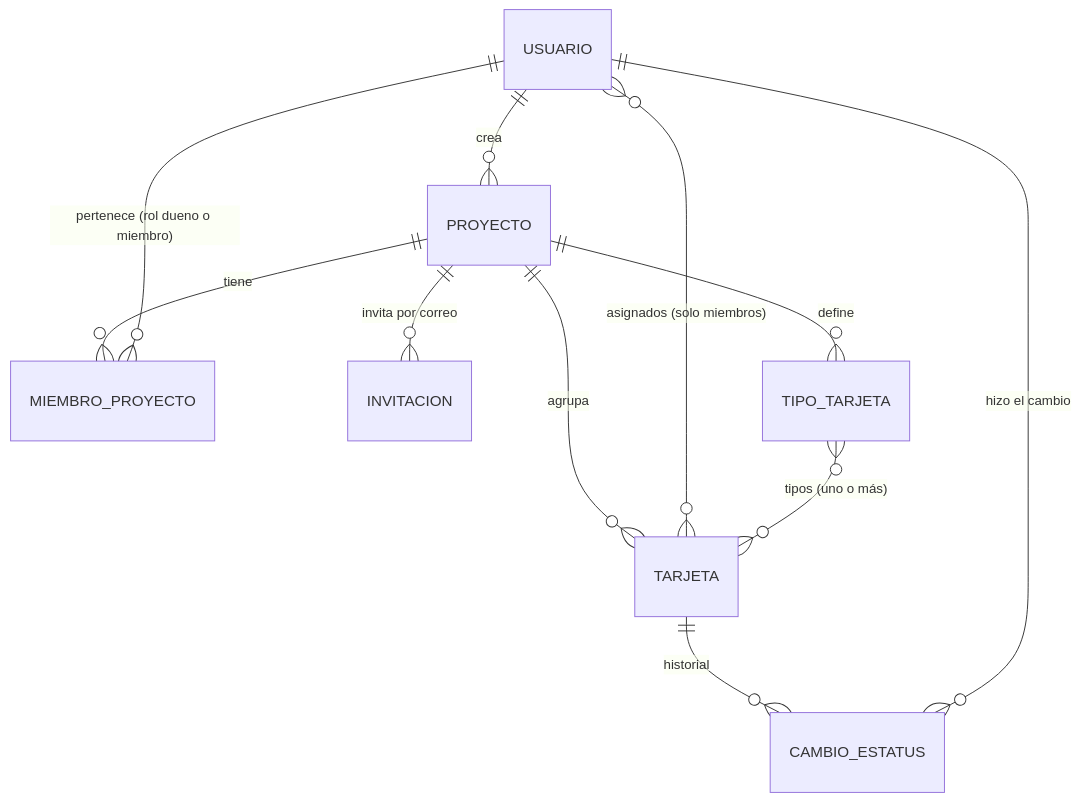
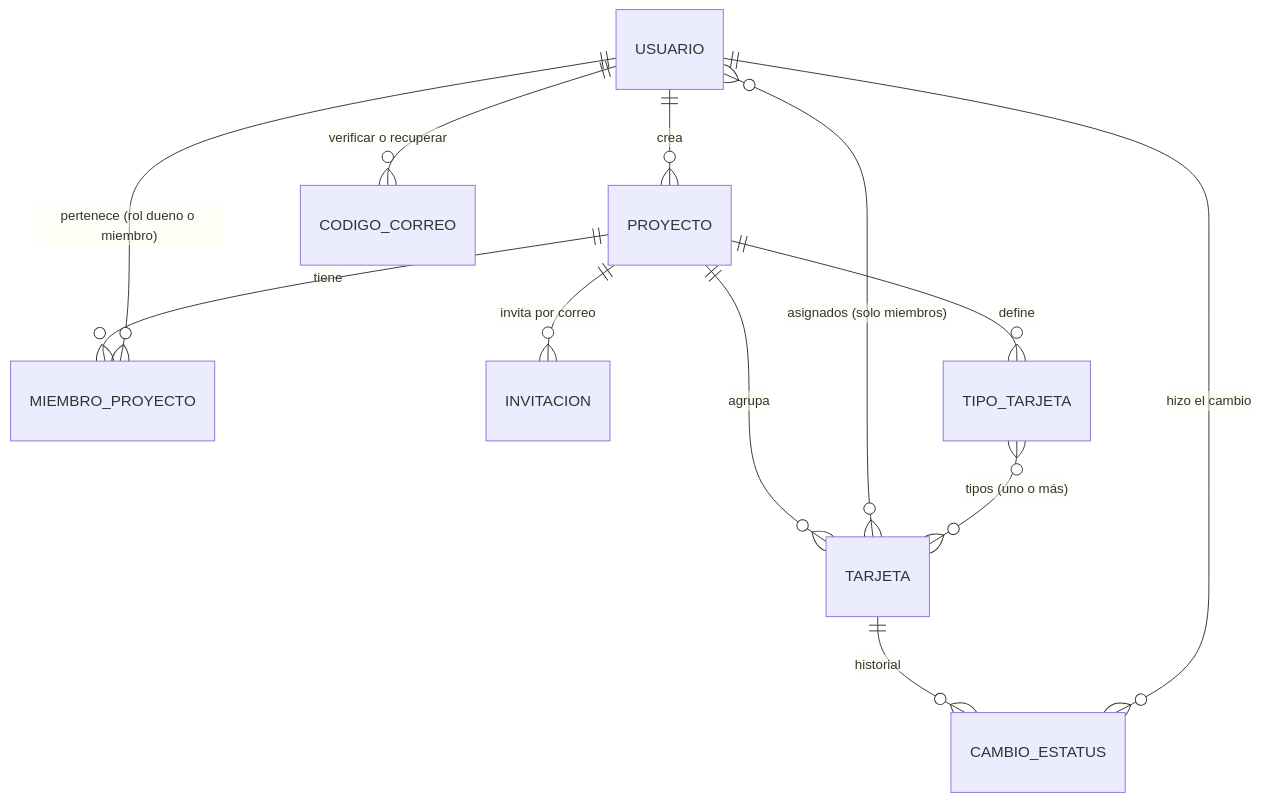
One commit to ErnestoAS/TaskFlow changed the second of 2 diagrams in docs/propuesta-arquitectura.md. Above: the diagram before and after it, drawn with Mermaid. The commit also changed other lines of this file and 23 other files, not shown here.

````diff
--- a/docs/propuesta-arquitectura.md
+++ b/docs/propuesta-arquitectura.md
@@ -59,13 +61,14 @@
 ```mermaid
 erDiagram
     USUARIO ||--o{ PROYECTO : "crea"
     PROYECTO ||--o{ MIEMBRO_PROYECTO : "tiene"
     USUARIO ||--o{ MIEMBRO_PROYECTO : "pertenece (rol dueno o miembro)"
     PROYECTO ||--o{ INVITACION : "invita por correo"
     PROYECTO ||--o{ TARJETA : "agrupa"
     USUARIO }o--o{ TARJETA : "asignados (solo miembros)"
     PROYECTO ||--o{ TIPO_TARJETA : "define"
     TIPO_TARJETA }o--o{ TARJETA : "tipos (uno o más)"
     TARJETA ||--o{ CAMBIO_ESTATUS : "historial"
     USUARIO ||--o{ CAMBIO_ESTATUS : "hizo el cambio"
+    USUARIO ||--o{ CODIGO_CORREO : "verificar o recuperar"
 ```
````
